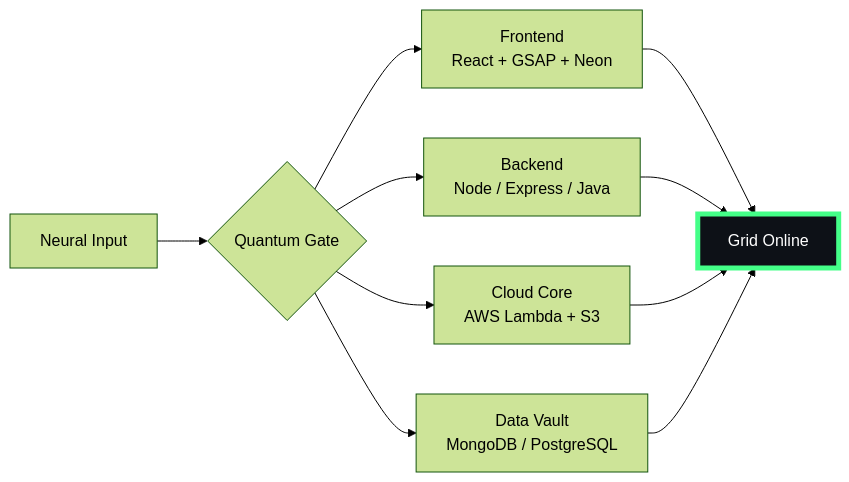
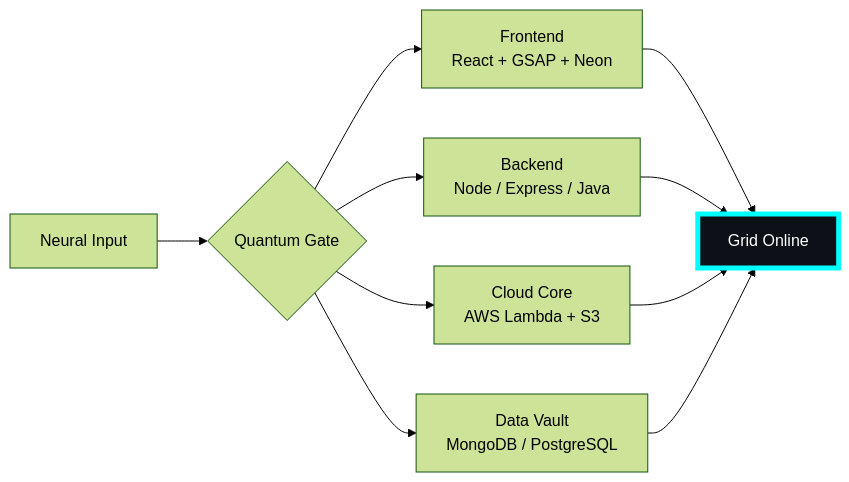
Before and after one commit to pendemvamsi/pendemvamsi: the diagram in README.md, drawn with Mermaid (forest theme). The commit also changed other lines of this file and 1 other file, not shown here.

````diff
--- a/README.md
+++ b/README.md
@@ -32,10 +32,10 @@
 ```mermaid
 flowchart LR
     U[Neural Input] --> G{Quantum Gate}
     G --> F[Frontend<br>React + GSAP + Neon]
     G --> B[Backend<br>Node / Express / Java]
     G --> C[Cloud Core<br>AWS Lambda + S3]
     G --> D[Data Vault<br>MongoDB / PostgreSQL]
     F & B & C & D --> O[Grid Online]
-    style O fill:#0d1117,stroke:#44FF88,stroke-width:5px,color:#fff
+    style O fill:#0d1117,stroke:#00FFFF,stroke-width:5px,color:#fff
 ```
````
